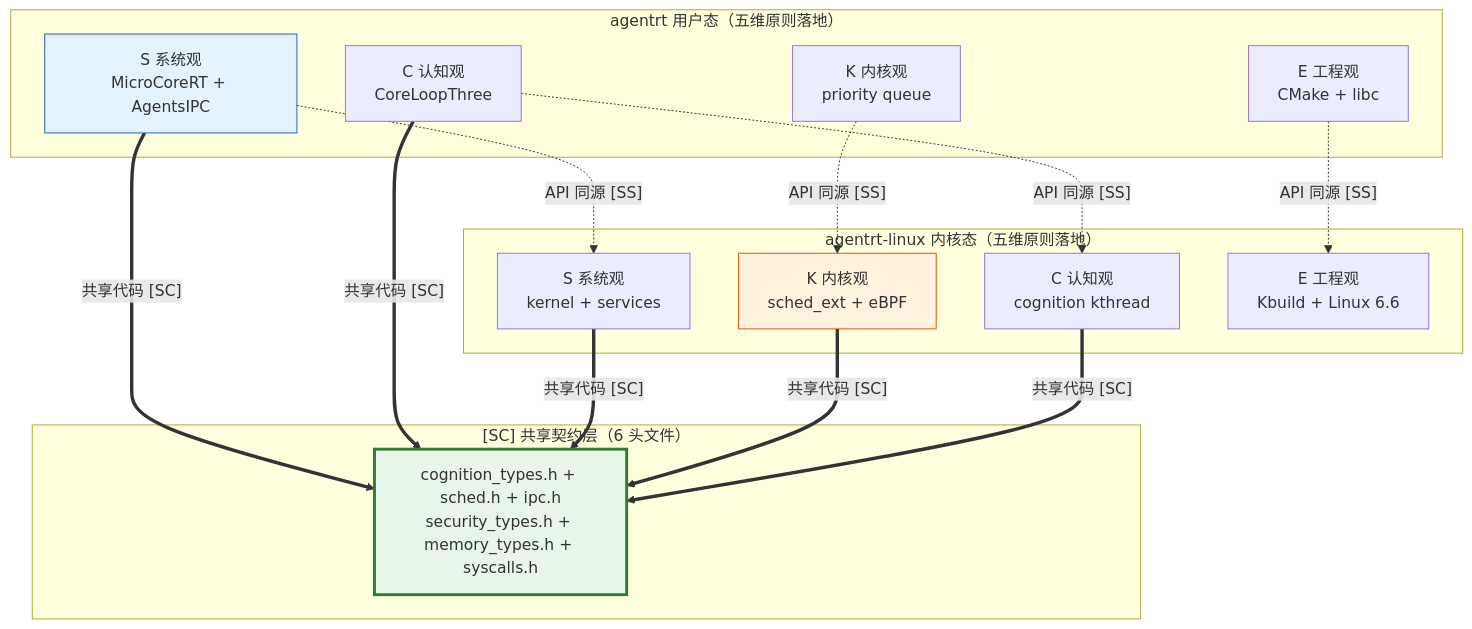
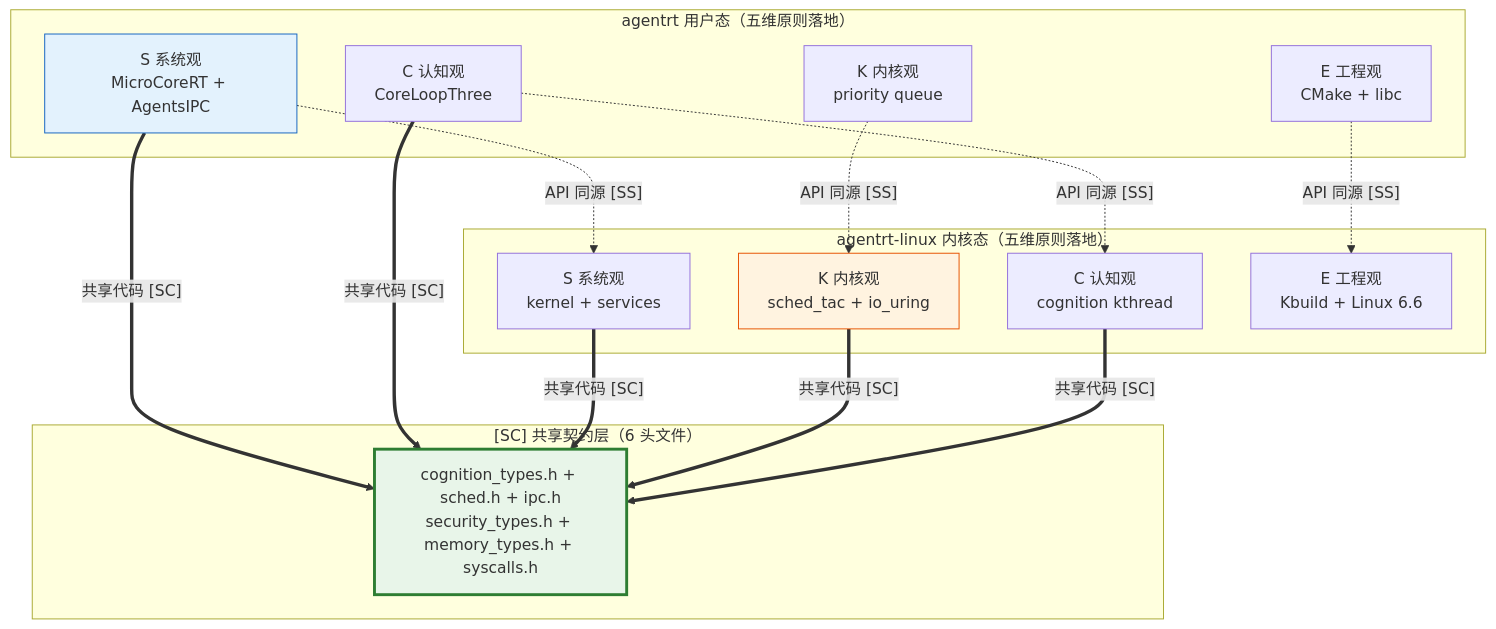
One commit to openairymax/docs-linux changed the diagram in 10-architecture/02-five-dimensional-principles.md. Above: the diagram before and after it, drawn with Mermaid. The commit also changed other lines of this file and 181 other files, not shown here.

Commit message:
docs: 批量更新文档中的IRON-9版本与调度器命名 1. 将所有IRON-9 v2引用升级为IRON-9 v3，统一四层共享模型版本号 2. 将方案C-Prime、AIRY_SCHED_AGENT相关表述替换为sched_tac、stc_agent 3. 更新OpenStandards/README.md的许可证信息为CC-BY-4.0

````diff
--- a/10-architecture/02-five-dimensional-principles.md
+++ b/10-architecture/02-five-dimensional-principles.md
@@ -611,35 +630,35 @@
 ```mermaid
 graph TB
     subgraph "agentrt 用户态（五维原则落地）"
         RT_S[S 系统观<br/>MicroCoreRT + AgentsIPC]
         RT_K[K 内核观<br/>priority queue]
         RT_C[C 认知观<br/>CoreLoopThree]
         RT_E[E 工程观<br/>CMake + libc]
     end
 
     subgraph "agentrt-linux 内核态（五维原则落地）"
         OS_S[S 系统观<br/>kernel + services]
-        OS_K[K 内核观<br/>sched_ext + eBPF]
+        OS_K[K 内核观<br/>sched_tac + io_uring]
         OS_C[C 认知观<br/>cognition kthread]
         OS_E[E 工程观<br/>Kbuild + Linux 6.6]
     end
 
     subgraph "[SC] 共享契约层（6 头文件）"
         SC[cognition_types.h + sched.h + ipc.h<br/>security_types.h + memory_types.h + syscalls.h]
     end
 
     RT_S -.->|"API 同源 [SS]"| OS_S
     RT_K -.->|"API 同源 [SS]"| OS_K
     RT_C -.->|"API 同源 [SS]"| OS_C
     RT_E -.->|"API 同源 [SS]"| OS_E
 
     RT_S ==>|"共享代码 [SC]"| SC
     RT_C ==>|"共享代码 [SC]"| SC
     OS_S ==>|"共享代码 [SC]"| SC
     OS_K ==>|"共享代码 [SC]"| SC
     OS_C ==>|"共享代码 [SC]"| SC
 
     style SC fill:#e8f5e9,stroke:#2e7d32,stroke-width:3px
     style RT_S fill:#e3f2fd,stroke:#1565c0
     style OS_K fill:#fff3e0,stroke:#e65100
 ```
````
